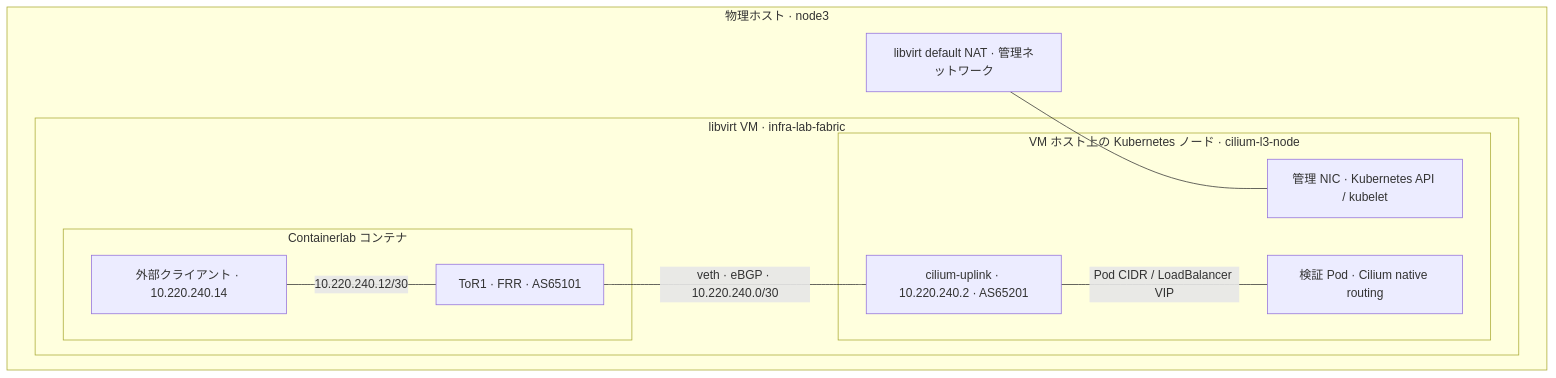
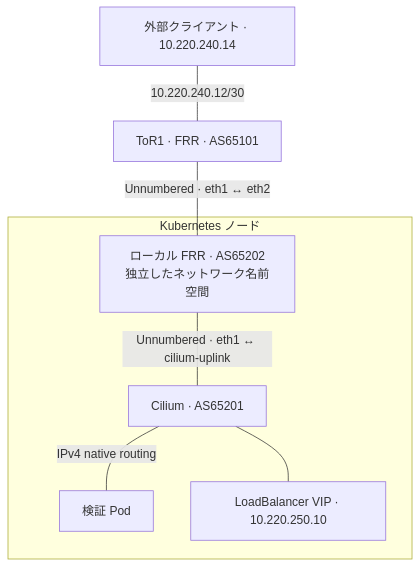
The diagram in k8s-cilium-full-l3-bgp-on-the-host/README.md (sugaf1204/infra-lab), drawn with Mermaid before and after one commit. The commit also changed other lines of this file and 19 other files, not shown here.

Commit message:
Use interface-only BGP unnumbered throughout the lab

````diff
--- a/k8s-cilium-full-l3-bgp-on-the-host/README.md
+++ b/k8s-cilium-full-l3-bgp-on-the-host/README.md
@@ -7,21 +7,16 @@
 ```mermaid
 flowchart TB
-    subgraph HOST["物理ホスト · node3"]
-        NAT["libvirt default NAT · 管理ネットワーク"]
-        subgraph FABRIC["libvirt VM · infra-lab-fabric"]
-            subgraph CLAB["Containerlab コンテナ"]
-                CLIENT["外部クライアント · 10.220.240.14"]
-                TOR["ToR1 · FRR · AS65101"]
-                CLIENT ---|"10.220.240.12/30"| TOR
-            end
-            subgraph NODE["VM ホスト上の Kubernetes ノード · cilium-l3-node"]
-                MGMT["管理 NIC · Kubernetes API / kubelet"]
-                UPLINK["cilium-uplink · 10.220.240.2 · AS65201"]
-                POD["検証 Pod · Cilium native routing"]
-                UPLINK ---|"Pod CIDR / LoadBalancer VIP"| POD
-            end
-            TOR ---|"veth · eBGP · 10.220.240.0/30"| UPLINK
-        end
-        NAT --- MGMT
+    CLIENT["外部クライアント · 10.220.240.14"]
+    TOR["ToR1 · FRR · AS65101"]
+    subgraph NODE["Kubernetes ノード"]
+        FRR["ローカル FRR · AS65202<br/>独立したネットワーク名前空間"]
+        CILIUM["Cilium · AS65201"]
+        POD["検証 Pod"]
+        VIP["LoadBalancer VIP · 10.220.250.10"]
+        FRR ---|"Unnumbered · eth1 ↔ cilium-uplink"| CILIUM
+        CILIUM ---|"IPv4 native routing"| POD
+        CILIUM --- VIP
     end
+    CLIENT ---|"10.220.240.12/30"| TOR
+    TOR ---|"Unnumbered · eth1 ↔ eth2"| FRR
 ```
````
